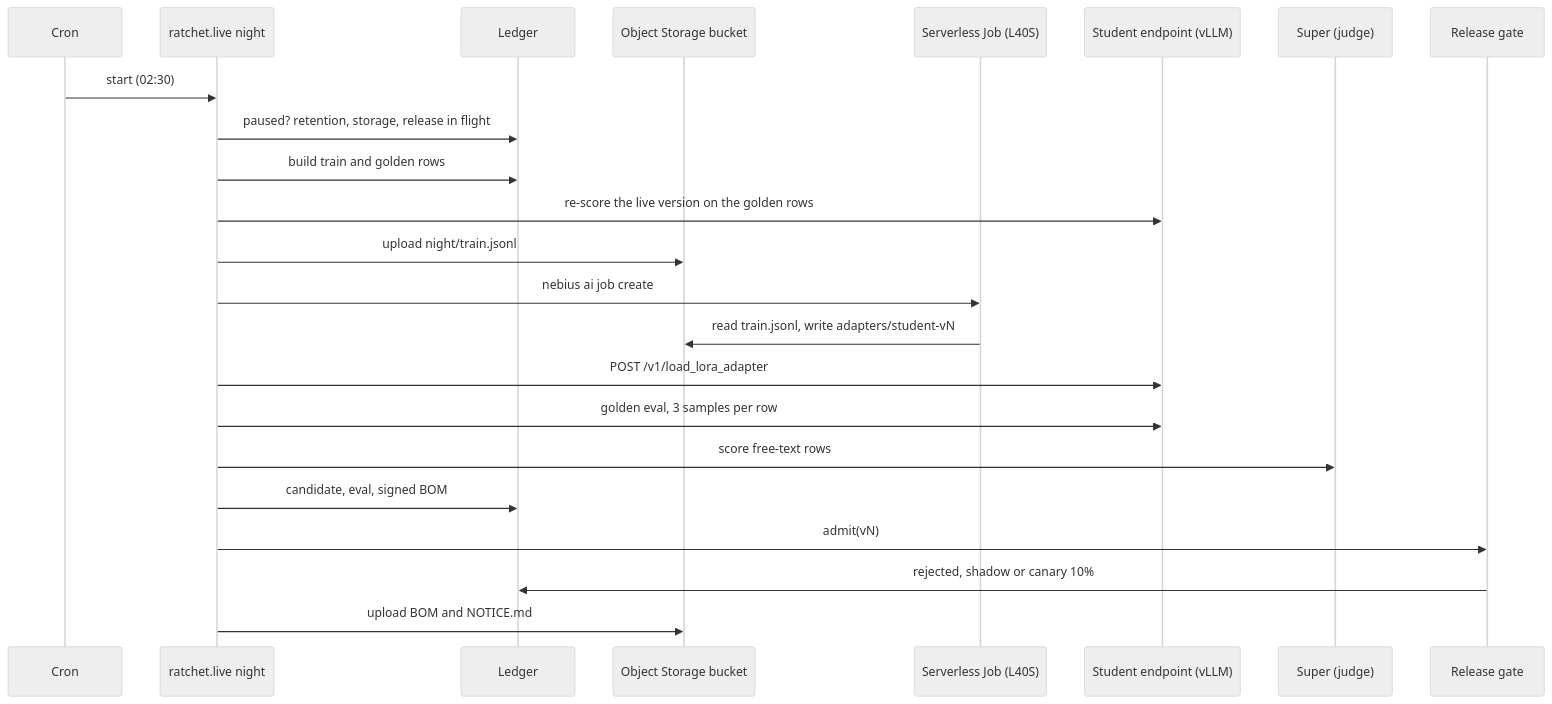
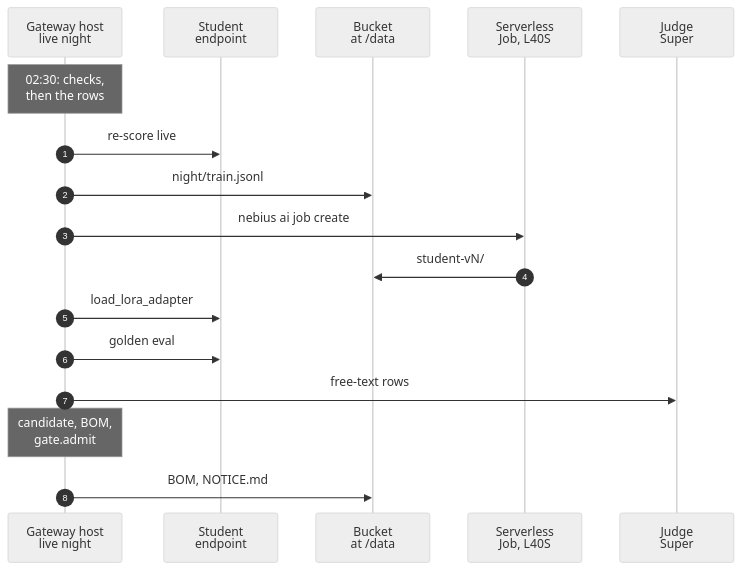
The second of 4 diagrams in docs-site/src/content/docs/guides/night-school.mdx (harshbhx/ratchet), drawn with Mermaid (neutral theme) before and after one commit. The commit also changed other lines of this file and 100 other files, not shown here.

First line of the commit message:
Docs v2: new design, Mermaid diagrams, React Bits components, text-to-SQL pages, fresh reference (#14)

````diff
--- a/docs-site/src/content/docs/guides/night-school.mdx
+++ b/docs-site/src/content/docs/guides/night-school.mdx
@@ -66,25 +96,19 @@
 ```mermaid
 sequenceDiagram
-  participant Cron
-  participant Live as ratchet.live night
-  participant Ledger
-  participant Bucket as Object Storage bucket
-  participant Job as Serverless Job (L40S)
-  participant Endpoint as Student endpoint (vLLM)
-  participant Judge as Super (judge)
-  participant Gate as Release gate
-  Cron->>Live: start (02:30)
-  Live->>Ledger: paused? retention, storage, release in flight
-  Live->>Ledger: build train and golden rows
-  Live->>Endpoint: re-score the live version on the golden rows
-  Live->>Bucket: upload night/train.jsonl
-  Live->>Job: nebius ai job create
-  Job->>Bucket: read train.jsonl, write adapters/student-vN
-  Live->>Endpoint: POST /v1/load_lora_adapter
-  Live->>Endpoint: golden eval, 3 samples per row
-  Live->>Judge: score free-text rows
-  Live->>Ledger: candidate, eval, signed BOM
-  Live->>Gate: admit(vN)
-  Gate->>Ledger: rejected, shadow or canary 10%
-  Live->>Bucket: upload BOM and NOTICE.md
+  autonumber
+  participant Night as Gateway host<br/>live night
+  participant Student as Student<br/>endpoint
+  participant Bucket as Bucket<br/>at /data
+  participant Job as Serverless<br/>Job, L40S
+  participant Judge as Judge<br/>Super
+  Note over Night: 02:30: checks,<br/>then the rows
+  Night->>Student: re-score live
+  Night->>Bucket: night/train.jsonl
+  Night->>Job: nebius ai job create
+  Job->>Bucket: student-vN/
+  Night->>Student: load_lora_adapter
+  Night->>Student: golden eval
+  Night->>Judge: free-text rows
+  Note over Night: candidate, BOM,<br/>gate.admit
+  Night->>Bucket: BOM, NOTICE.md
 ```
````
